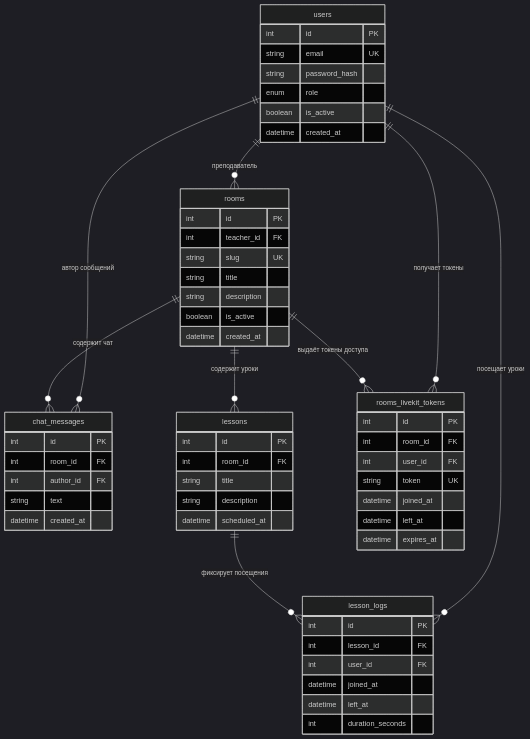
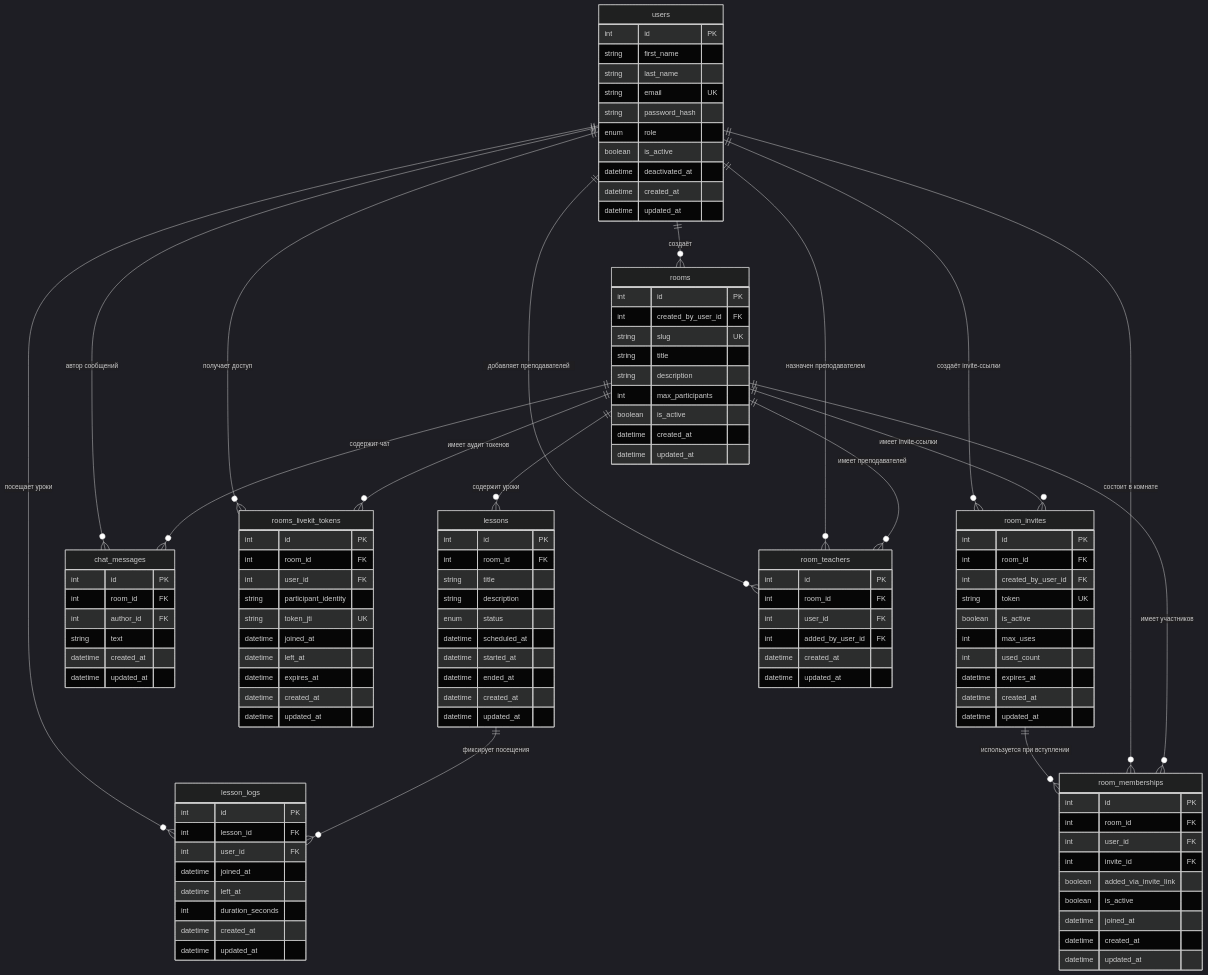
Before and after one commit to mertvec-dev/platform-for-online-lesson: the diagram in backend/docs/TABLE.md, drawn with Mermaid (dark theme). The commit also changed other lines of this file, not shown here.

Commit message:
docs: modified table diagram and add written explanation for it

````diff
--- a/backend/docs/TABLE.md
+++ b/backend/docs/TABLE.md
@@ -2,29 +4,27 @@
 erDiagram
     users {
         int id PK
+        string first_name
+        string last_name
         string email UK
         string password_hash
         enum role
         boolean is_active
+        datetime deactivated_at
         datetime created_at
+        datetime updated_at
     }
 
     rooms {
         int id PK
-        int teacher_id FK
+        int created_by_user_id FK
         string slug UK
         string title
         string description
+        int max_participants
         boolean is_active
         datetime created_at
-    }
-
-    chat_messages {
-        int id PK
-        int room_id FK
-        int author_id FK
-        string text
-        datetime created_at
+        datetime updated_at
     }
 
     lessons {
@@ -32,7 +32,12 @@
         int room_id FK
         string title
         string description
+        enum status
         datetime scheduled_at
+        datetime started_at
+        datetime ended_at
+        datetime created_at
+        datetime updated_at
     }
 
     lesson_logs {
@@ -42,24 +47,85 @@
         datetime joined_at
         datetime left_at
         int duration_seconds
+        datetime created_at
+        datetime updated_at
+    }
+
+    chat_messages {
+        int id PK
+        int room_id FK
+        int author_id FK
+        string text
+        datetime created_at
+        datetime updated_at
     }
 
     rooms_livekit_tokens {
         int id PK
         int room_id FK
         int user_id FK
-        string token UK
+        string participant_identity
+        string token_jti UK
         datetime joined_at
         datetime left_at
         datetime expires_at
+        datetime created_at
+        datetime updated_at
     }
 
-    users ||--o{ rooms : "преподаватель"
-    rooms ||--o{ chat_messages : "содержит чат"
-    users ||--o{ chat_messages : "автор сообщений"
+    room_invites {
+        int id PK
+        int room_id FK
+        int created_by_user_id FK
+        string token UK
+        boolean is_active
+        int max_uses
+        int used_count
+        datetime expires_at
+        datetime created_at
+        datetime updated_at
+    }
+
+    room_memberships {
+        int id PK
+        int room_id FK
+        int user_id FK
+        int invite_id FK
+        boolean added_via_invite_link
+        boolean is_active
+        datetime joined_at
+        datetime created_at
+        datetime updated_at
+    }
+
+    room_teachers {
+        int id PK
+        int room_id FK
+        int user_id FK
+        int added_by_user_id FK
+        datetime created_at
+        datetime updated_at
+    }
+
+    users ||--o{ rooms : "создаёт"
     rooms ||--o{ lessons : "содержит уроки"
     lessons ||--o{ lesson_logs : "фиксирует посещения"
     users ||--o{ lesson_logs : "посещает уроки"
-    rooms ||--o{ rooms_livekit_tokens : "выдаёт токены доступа"
-    users ||--o{ rooms_livekit_tokens : "получает токены"
+
+    rooms ||--o{ chat_messages : "содержит чат"
+    users ||--o{ chat_messages : "автор сообщений"
+
+    rooms ||--o{ rooms_livekit_tokens : "имеет аудит токенов"
+    users ||--o{ rooms_livekit_tokens : "получает доступ"
+
+    rooms ||--o{ room_invites : "имеет invite-ссылки"
+    users ||--o{ room_invites : "создаёт invite-ссылки"
+
+    rooms ||--o{ room_memberships : "имеет участников"
+    users ||--o{ room_memberships : "состоит в комнате"
+    room_invites ||--o{ room_memberships : "используется при вступлении"
+
+    rooms ||--o{ room_teachers : "имеет преподавателей"
+    users ||--o{ room_teachers : "назначен преподавателем"
+    users ||--o{ room_teachers : "добавляет преподавателей"
 ```
````
